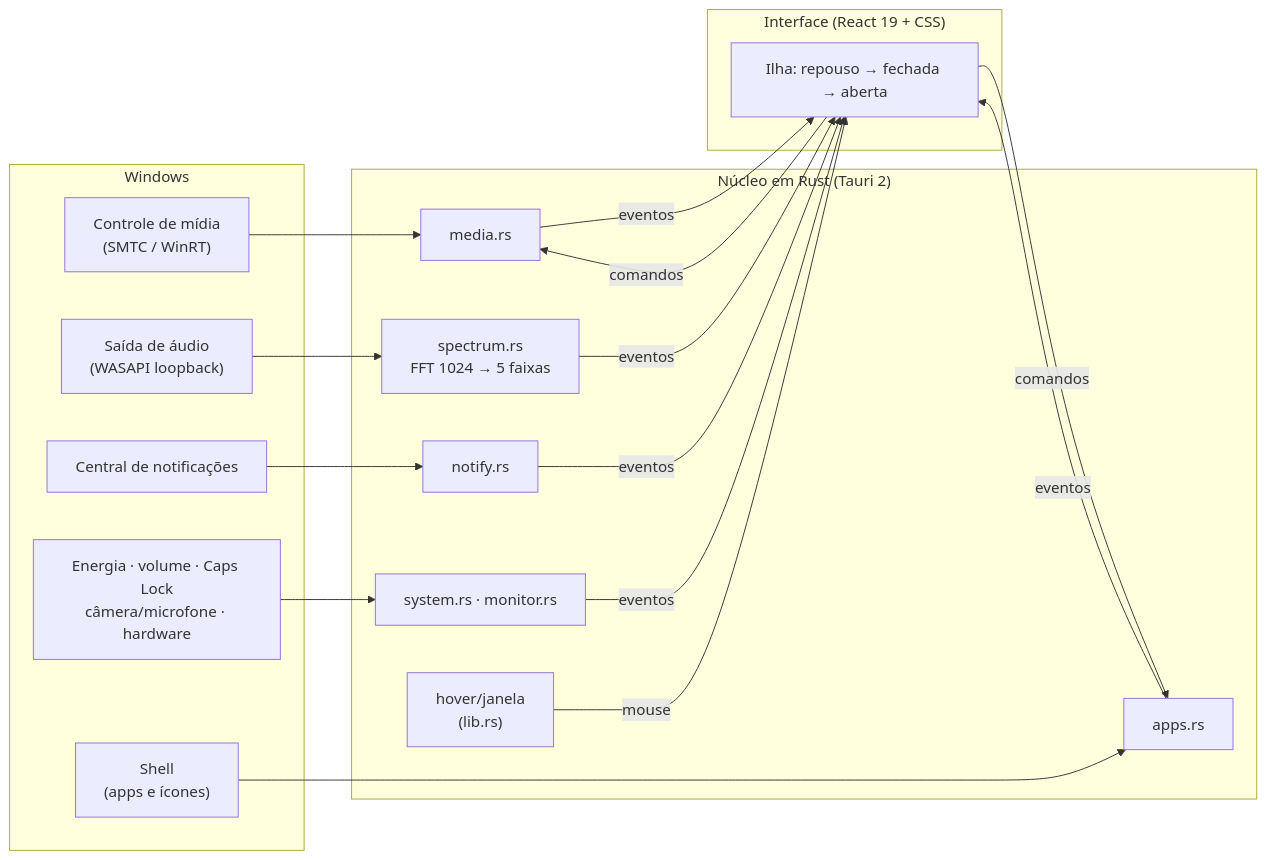
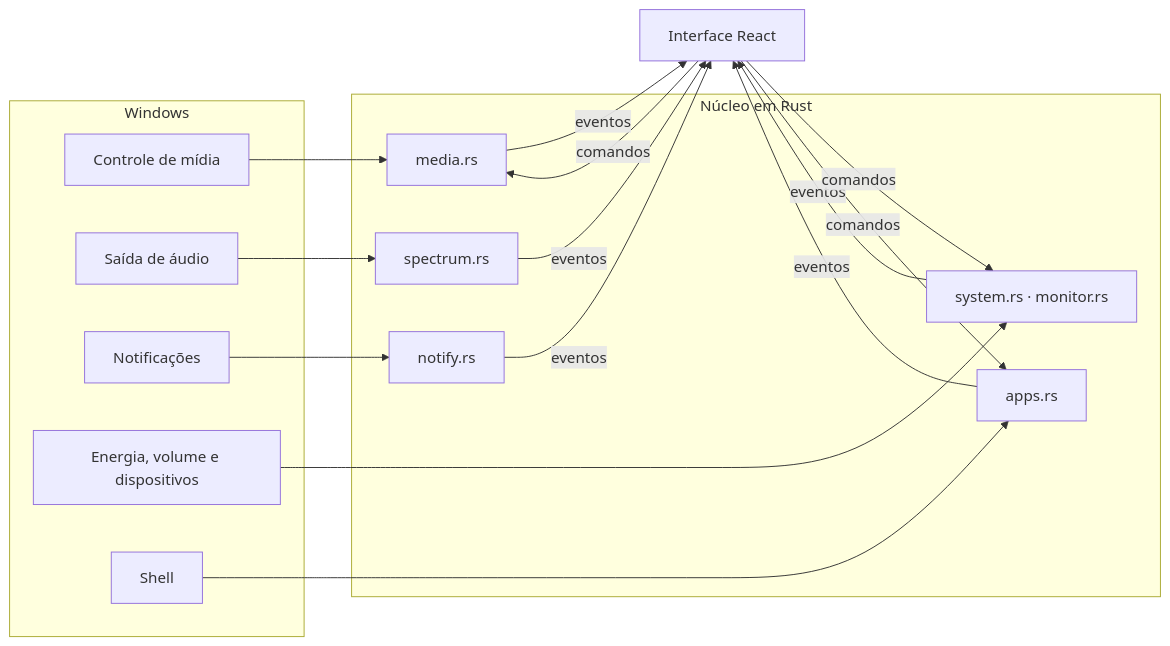
Before and after one commit to CaasiDantas/dynamic-island: the diagram in README.md, drawn with Mermaid. The commit also changed other lines of this file and 34 other files, not shown here.

````diff
--- a/README.md
+++ b/README.md
@@ -134,32 +149,25 @@
 ```mermaid
 flowchart LR
     subgraph Windows
-        SMTC["Controle de mídia<br/>(SMTC / WinRT)"]
-        WASAPI["Saída de áudio<br/>(WASAPI loopback)"]
-        NOTIF["Central de notificações"]
-        SYS["Energia · volume · Caps Lock<br/>câmera/microfone · hardware"]
-        SHELL["Shell<br/>(apps e ícones)"]
+        SMTC[Controle de mídia]
+        WASAPI[Saída de áudio]
+        NOTIF[Notificações]
+        SYS[Energia, volume e dispositivos]
+        SHELL[Shell]
     end
-
-    subgraph Rust["Núcleo em Rust (Tauri 2)"]
+    subgraph Núcleo em Rust
         MEDIA[media.rs]
-        SPEC["spectrum.rs<br/>FFT 1024 → 5 faixas"]
+        SPEC[spectrum.rs]
         NOTIFY[notify.rs]
         SYSTEM[system.rs · monitor.rs]
         APPS[apps.rs]
-        HOVER["hover/janela<br/>(lib.rs)"]
     end
-
-    subgraph UI["Interface (React 19 + CSS)"]
-        ISLAND["Ilha: repouso → fechada → aberta"]
-    end
-
+    UI[Interface React]
     SMTC --> MEDIA
     WASAPI --> SPEC
     NOTIF --> NOTIFY
     SYS --> SYSTEM
     SHELL --> APPS
-    MEDIA & SPEC & NOTIFY & SYSTEM & APPS -- eventos --> ISLAND
-    HOVER -- mouse --> ISLAND
-    ISLAND -- comandos --> MEDIA & APPS
+    MEDIA & SPEC & NOTIFY & SYSTEM & APPS -- eventos --> UI
+    UI -- comandos --> MEDIA & SYSTEM & APPS
 ```
````
